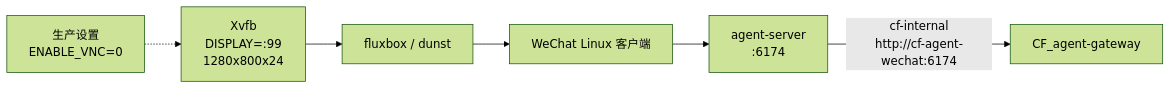
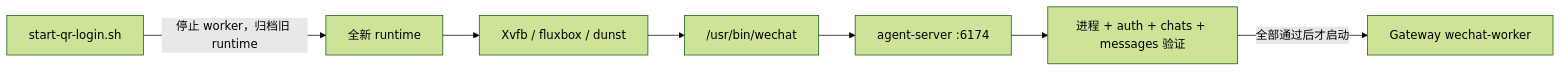
One commit to Tangbohu09527/CF_agent-wechat changed the diagram in docs/deployment/cfserver-production.md. Above: the diagram before and after it, drawn with Mermaid (forest theme). The commit also changed other lines of this file and 10 other files, not shown here.

````diff
--- a/docs/deployment/cfserver-production.md
+++ b/docs/deployment/cfserver-production.md
@@ -30,15 +41,17 @@
 ```mermaid
 flowchart LR
-    X["Xvfb<br/>DISPLAY=:99<br/>1280x800x24"]
-    W["fluxbox / dunst"]
-    C["WeChat Linux 客户端"]
-    A["agent-server<br/>:6174"]
-    G["CF_agent-gateway"]
+    O["start-qr-login.sh"]
+    R["全新 runtime"]
+    X["Xvfb / fluxbox / dunst"]
+    W["/usr/bin/wechat"]
+    A["agent-server :6174"]
+    V["进程 + auth + chats + messages 验证"]
+    G["Gateway wechat-worker"]
 
+    O -->|"停止 worker，归档旧 runtime"| R
+    R --> X
     X --> W
-    W --> C
-    C --> A
-    A -->|"cf-internal<br/>http://cf-agent-wechat:6174"| G
-
-    P["生产设置<br/>ENABLE_VNC=0"] -.-> X
+    W --> A
+    A --> V
+    V -->|"全部通过后才启动"| G
 ```
````
